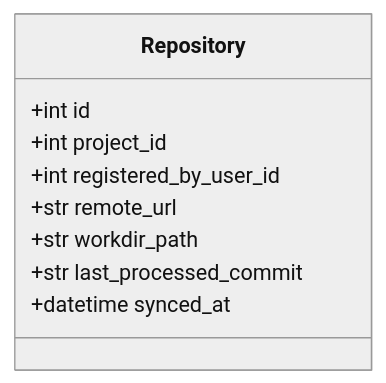
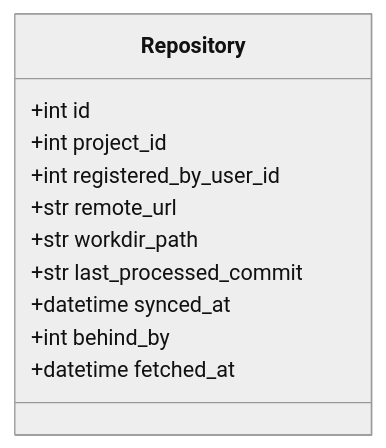
The second of 20 diagrams in docs/specs/06-DOM/SYNC-DOM-002.md (HoyoungParkme/syncdoc), drawn with Mermaid (neutral theme) before and after one commit. The commit also changed other lines of this file, not shown here.

First line of the commit message:
spec(SYNC-DOM-002): Repository에 behind_by·fetched_at · AccessToken에 last_used_at

````diff
--- a/docs/specs/06-DOM/SYNC-DOM-002.md
+++ b/docs/specs/06-DOM/SYNC-DOM-002.md
@@ -148,12 +148,14 @@
 ```mermaid
 classDiagram
     class Repository {
         +int id
         +int project_id
         +int registered_by_user_id
         +str remote_url
         +str workdir_path
         +str last_processed_commit
         +datetime synced_at
+        +int behind_by
+        +datetime fetched_at
     }
 ```
````
